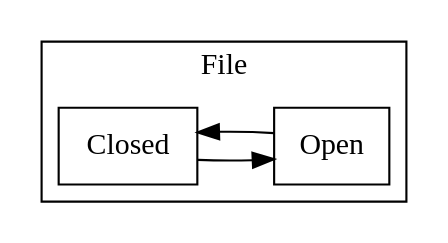
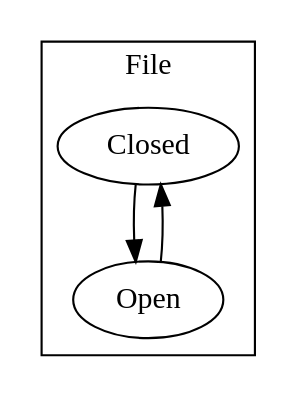
The second of 2 diagrams in docs/guide/visualization.md (elijahr/nim-typestates), drawn with Graphviz before and after one commit. The commit also changed other lines of this file and 12 other files, not shown here.

First line of the commit message:
feat(cli): add splines mode and edge distribution for cleaner diagrams

````diff
--- a/docs/guide/visualization.md
+++ b/docs/guide/visualization.md
@@ -272,16 +205,13 @@
 ```dot
 digraph {
-  rankdir=LR;
-  node [shape=box];
-
   subgraph cluster_File {
     label="File";
 
     Closed;
     Open;
 
     Closed -> Open;
     Open -> Closed;
   }
 }
 ```
````
